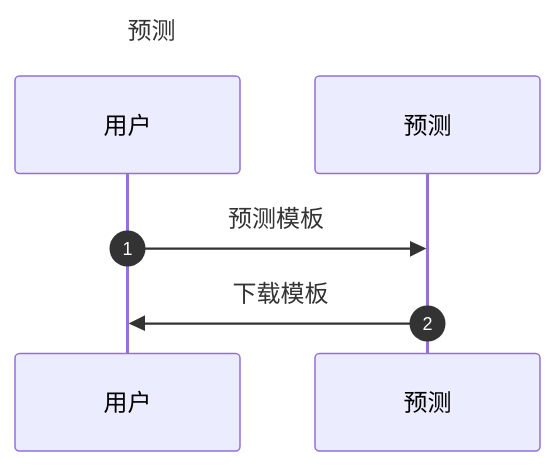
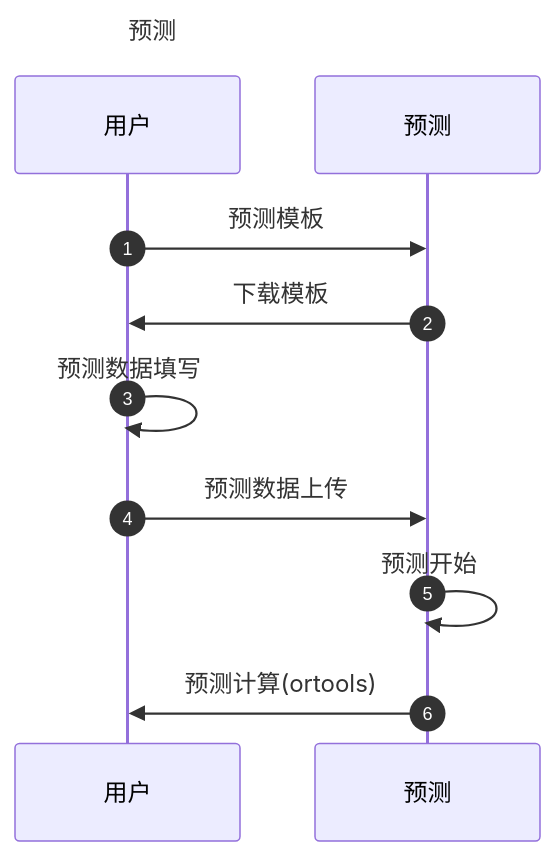
One commit to fca197/aps-inventory-sales changed the second of 2 diagrams in doc/md/aps.md. Above: the diagram before and after it, drawn with Mermaid. The commit also changed other lines of this file and 1 other file, not shown here.

````diff
--- a/doc/md/aps.md
+++ b/doc/md/aps.md
@@ -5,10 +34,14 @@
 ```mermaid
 sequenceDiagram
 autonumber
 title: 预测
 participant U as 用户
 participant F as 预测
 
 U->>F: 预测模板
 F->>U: 下载模板
+U->>U: 预测数据填写
+U->>F: 预测数据上传
+F->>F: 预测开始
+F->>U: 预测计算(ortools)
 ```
````
